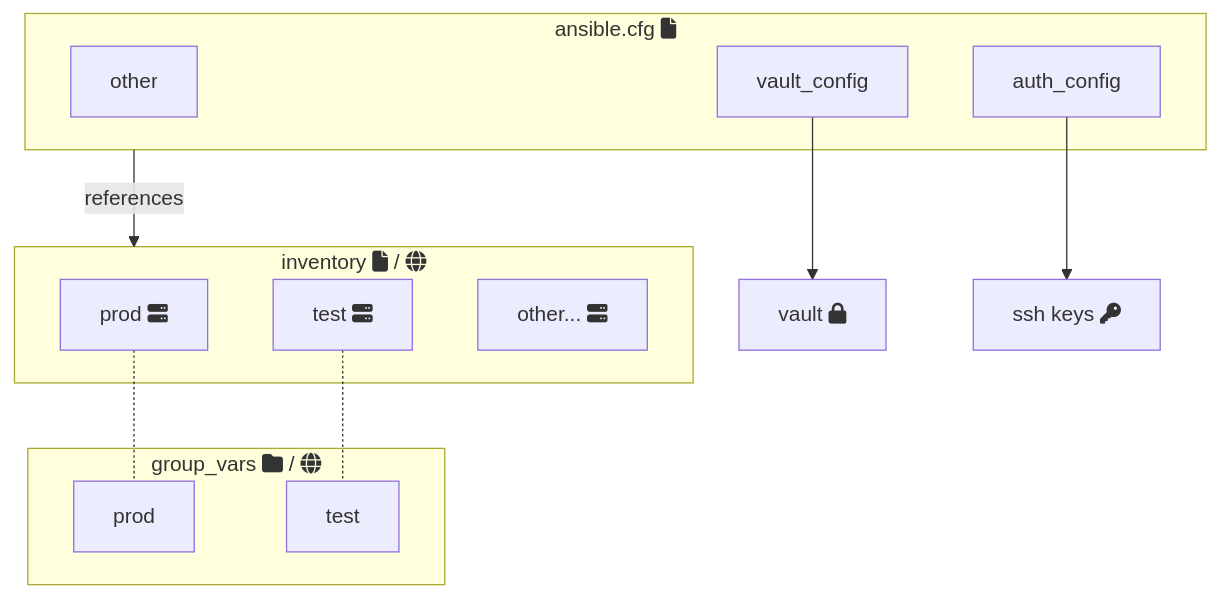
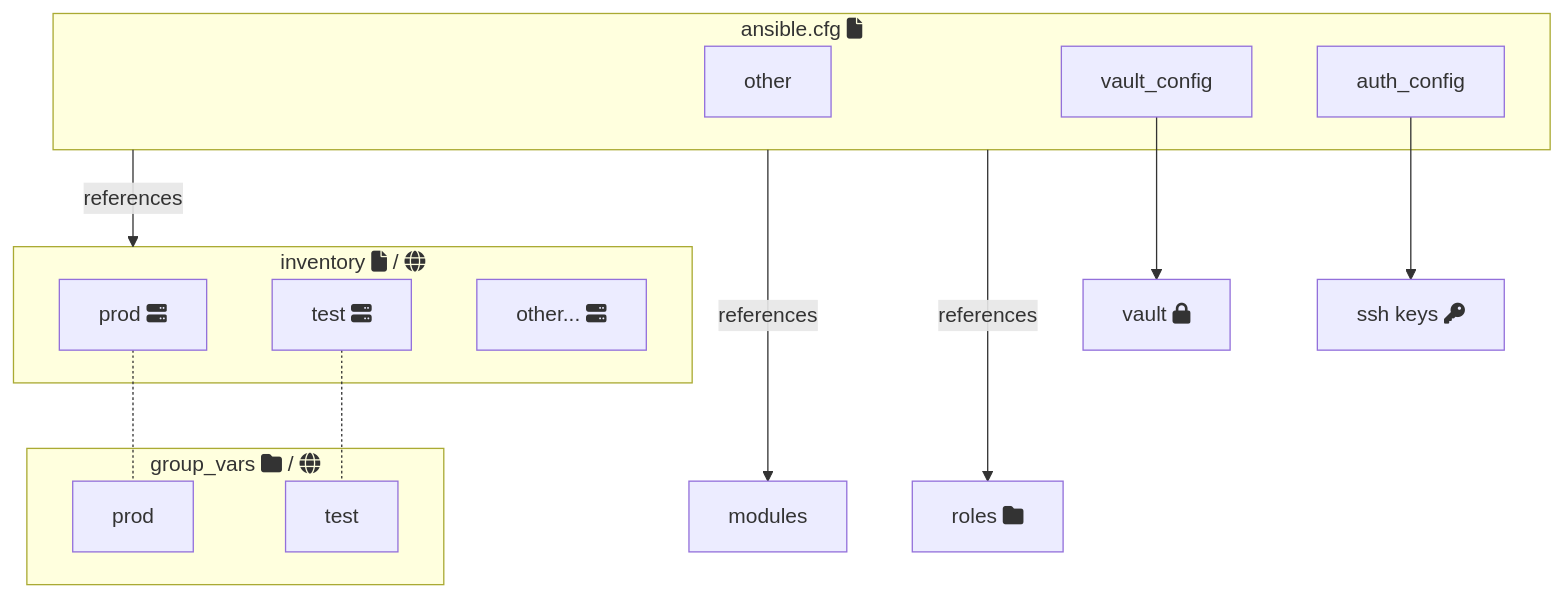
The first of 2 diagrams in ansible-101/notebooks/diagrams.md (ioggstream/python-course), drawn with Mermaid before and after one commit. The commit also changed 7 other files, not shown here.

````diff
--- a/ansible-101/notebooks/diagrams.md
+++ b/ansible-101/notebooks/diagrams.md
@@ -3,29 +3,31 @@
 ```mermaid
 graph
 
 vault[vault fa:fa-lock]
 keys[ssh keys fa:fa-key]
 subgraph ansible.cfg[ansible.cfg fa:fa-file ]
 other
 vault_config
 auth_config
 end
 
 subgraph inventory[inventory fa:fa-file / fa:fa-globe]
 s1[prod fa:fa-server]
 s2[test fa:fa-server]
 s3[other... fa:fa-server]
 end
 
 subgraph group_vars[group_vars fa:fa-folder / fa:fa-globe ]
 gv1[prod]
 gv2[test]
 end
 
 ansible.cfg -->|references| inventory
 s1 -.- gv1
 s2 -.- gv2
 
 vault_config --> vault
 auth_config --> keys
+
+ansible.cfg --->|references| modules & roles[roles fa:fa-folder]
 ```
````
